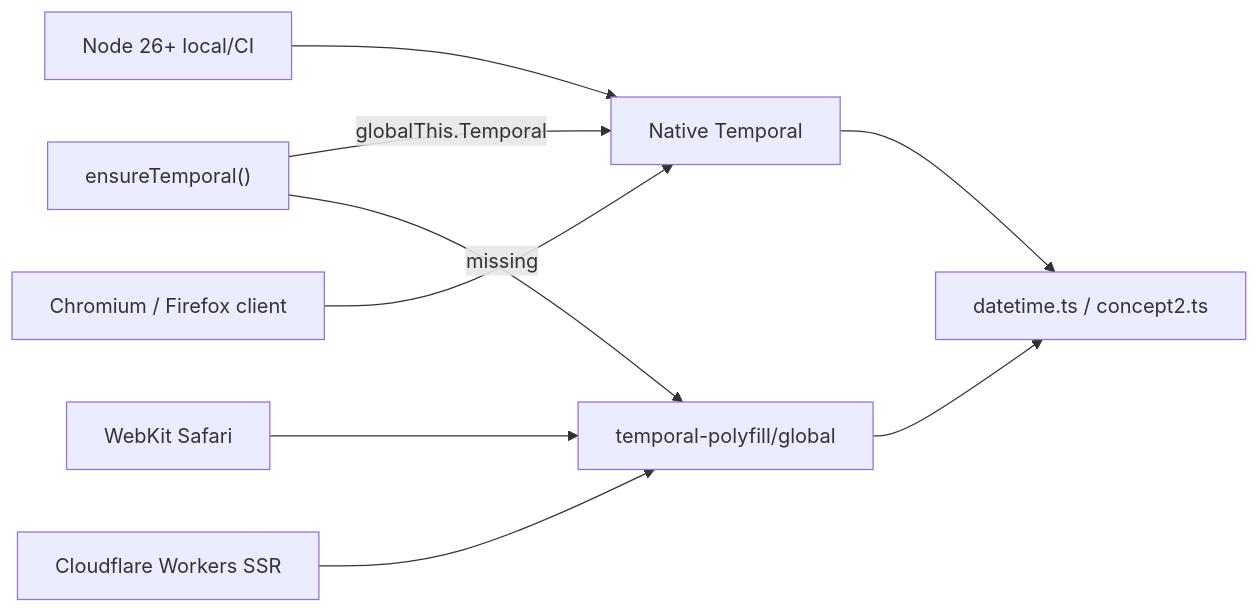
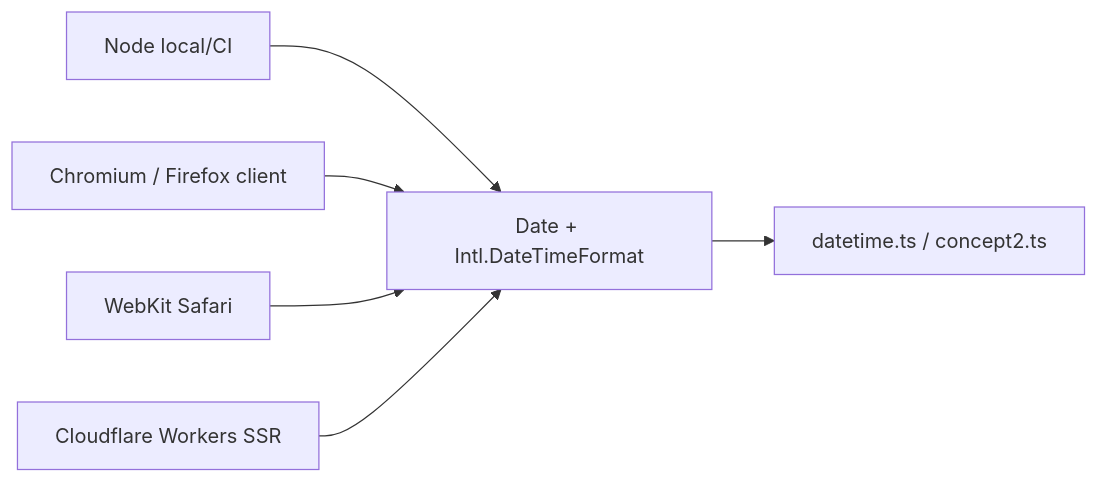
Before and after one commit to shenghaoc/rowplay: the first of 2 diagrams in .kiro/specs/platform-modernization-audit/design.md, drawn with Mermaid. The commit also changed other lines of this file and 33 other files, not shown here.

Commit message:
Remove Temporal polyfill runtime

````diff
--- a/.kiro/specs/platform-modernization-audit/design.md
+++ b/.kiro/specs/platform-modernization-audit/design.md
@@ -191,12 +190,8 @@
 ```mermaid
 flowchart LR
-  ensure["ensureTemporal()"]
-  ensure -->|"globalThis.Temporal"| native["Native Temporal"]
-  ensure -->|"missing"| poly["temporal-polyfill/global"]
-  native --> dt["datetime.ts / concept2.ts"]
-  poly --> dt
-  N26["Node 26+ local/CI"] --> native
-  Chr["Chromium / Firefox client"] --> native
-  WK["WebKit Safari"] --> poly
-  CF["Cloudflare Workers SSR"] --> poly
+  intl["Date + Intl.DateTimeFormat"] --> dt["datetime.ts / concept2.ts"]
+  N26["Node local/CI"] --> intl
+  Chr["Chromium / Firefox client"] --> intl
+  WK["WebKit Safari"] --> intl
+  CF["Cloudflare Workers SSR"] --> intl
 ```
````
